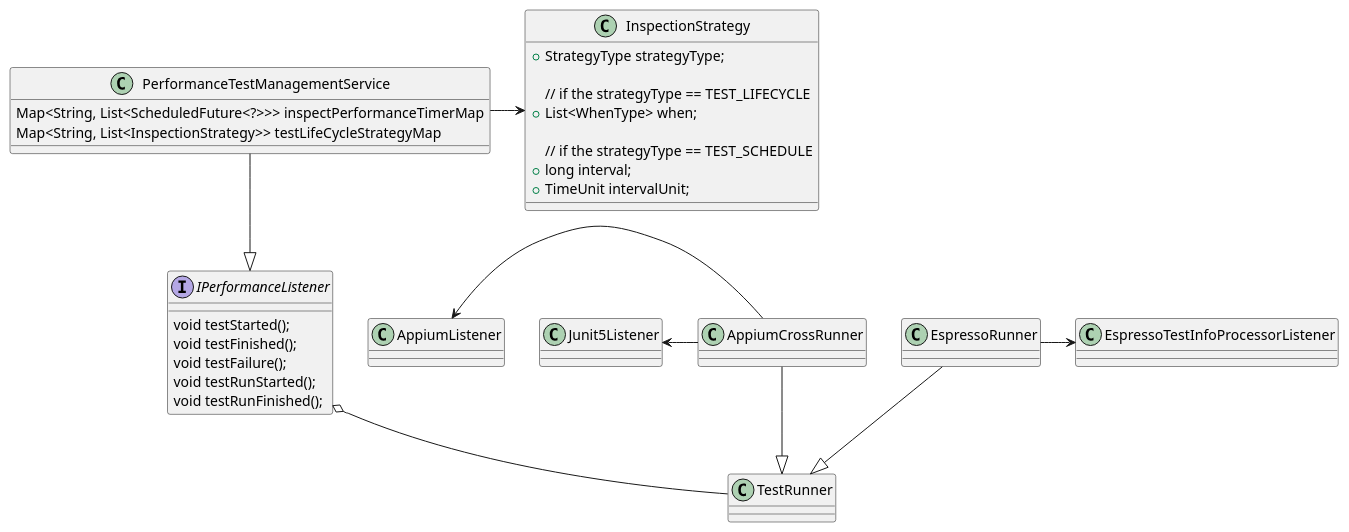
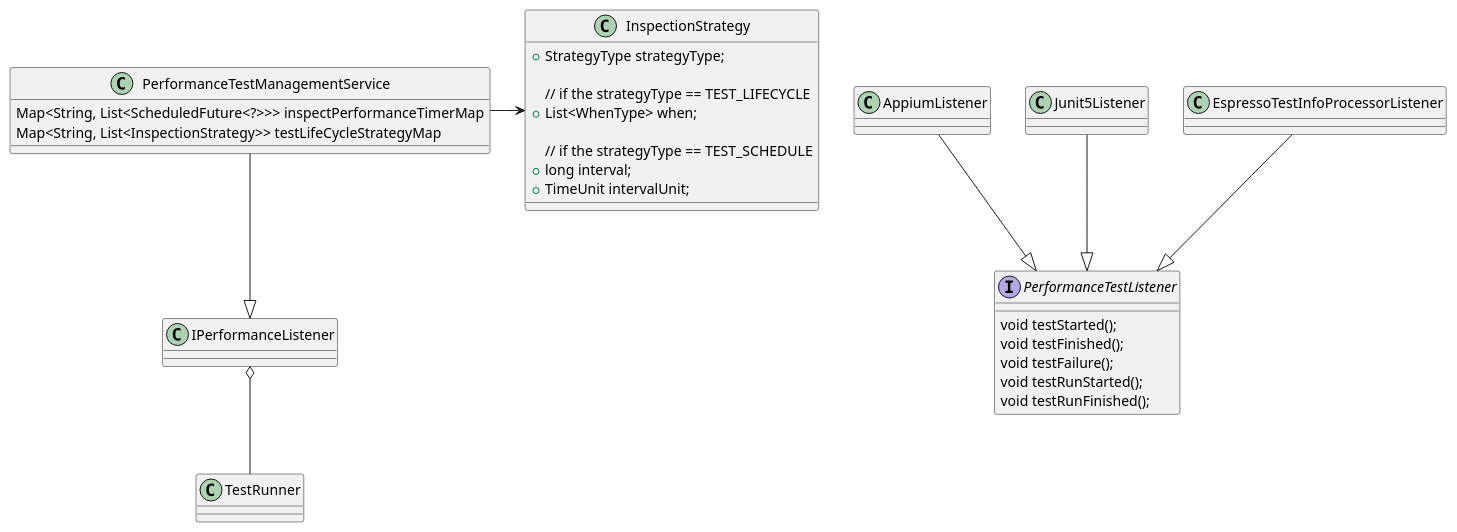
Before and after one commit to microsoft/HydraLab: the third of 4 diagrams in agent/doc/UML/performance_design.puml, drawn with PlantUML. The commit also changed other lines of this file, not shown here.

Commit message:
Apply suggestions for performance test design UML

```diff
--- a/agent/doc/UML/performance_design.puml
+++ b/agent/doc/UML/performance_design.puml
@@ -66,36 +66,34 @@
-@startuml
+@startuml perf_test_class_design
 class InspectionStrategy {
 
     + StrategyType strategyType;
 
     // if the strategyType == TEST_LIFECYCLE
     + List<WhenType> when;
 
     // if the strategyType == TEST_SCHEDULE
     + long interval;
     + TimeUnit intervalUnit;
 }
 
-interface IPerformanceListener {
+interface PerformanceTestListener {
     void testStarted();
     void testFinished();
     void testFailure();
     void testRunStarted();
     void testRunFinished();
 }
 
 class PerformanceTestManagementService {
     Map<String, List<ScheduledFuture<?>>> inspectPerformanceTimerMap
     Map<String, List<InspectionStrategy>> testLifeCycleStrategyMap
 }
 
 PerformanceTestManagementService -> InspectionStrategy
 PerformanceTestManagementService --|> IPerformanceListener
 
 IPerformanceListener o-d- TestRunner
-AppiumCrossRunner --|> TestRunner
-EspressoRunner --|> TestRunner
-AppiumListener <- AppiumCrossRunner
-Junit5Listener <- AppiumCrossRunner
-EspressoRunner -> EspressoTestInfoProcessorListener
+AppiumListener --|> PerformanceTestListener
+Junit5Listener --|> PerformanceTestListener
+EspressoTestInfoProcessorListener  --|> PerformanceTestListener
 @enduml
```
